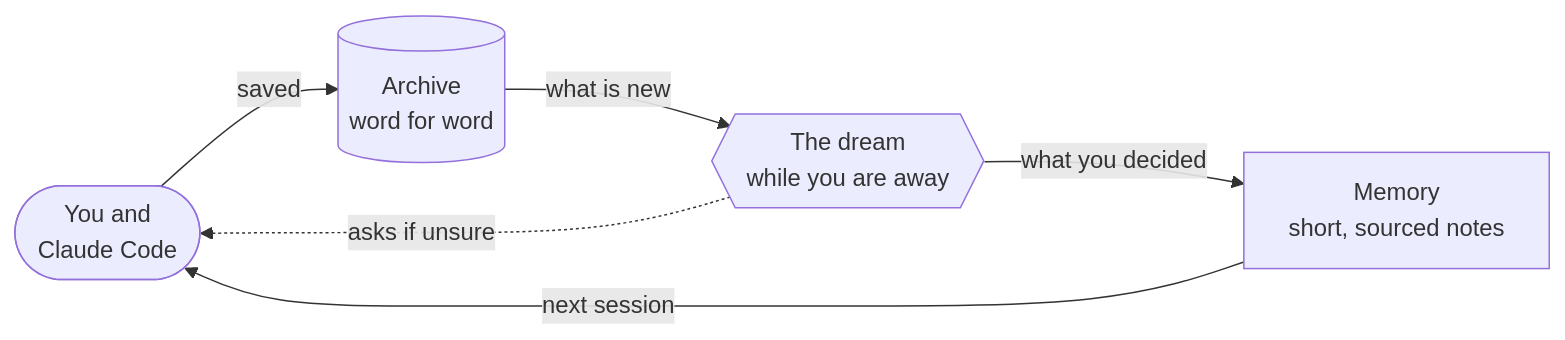
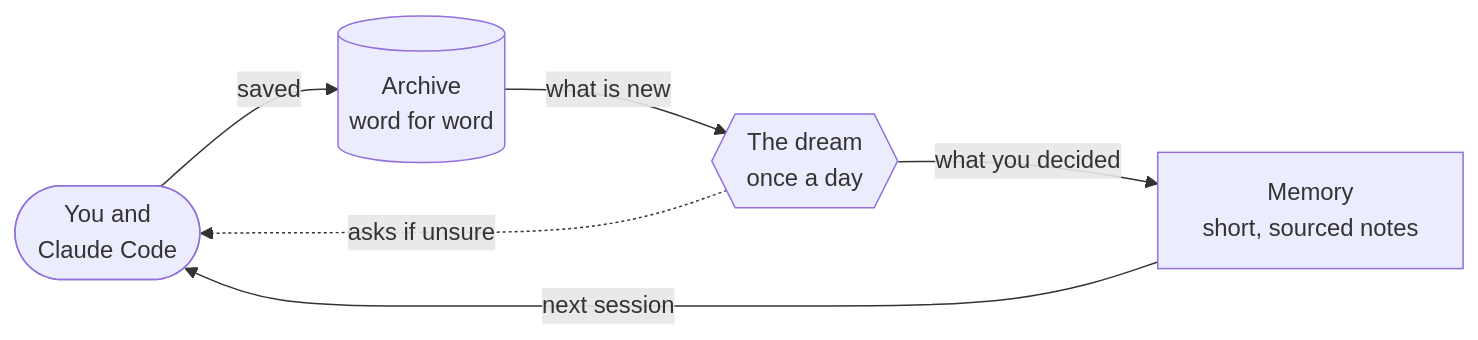
The first of 2 diagrams in README.md (lianmatsuo/remcycle), drawn with Mermaid before and after one commit. The commit also changed other lines of this file and 6 other files, not shown here.

First line of the commit message:
docs: say the dream runs once a day, not every night

````diff
--- a/README.md
+++ b/README.md
@@ -70,12 +70,12 @@
 ```mermaid
 flowchart LR
     work(["You and<br/>Claude Code"])
     archive[("Archive<br/>word for word")]
-    dream{{"The dream<br/>while you are away"}}
+    dream{{"The dream<br/>once a day"}}
     memory["Memory<br/>short, sourced notes"]
     work -- "saved" --> archive
     archive -- "what is new" --> dream
     dream -- "what you decided" --> memory
     memory -- "next session" --> work
     dream -. "asks if unsure" .-> work
 ```
````
